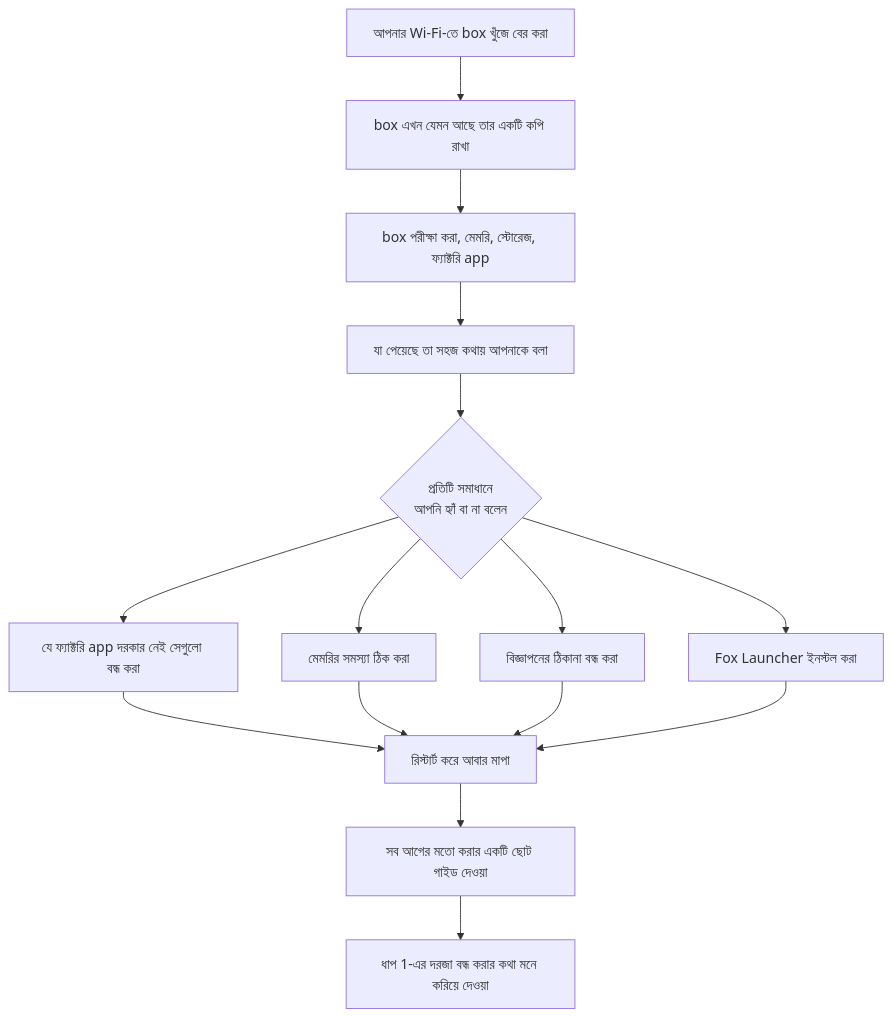
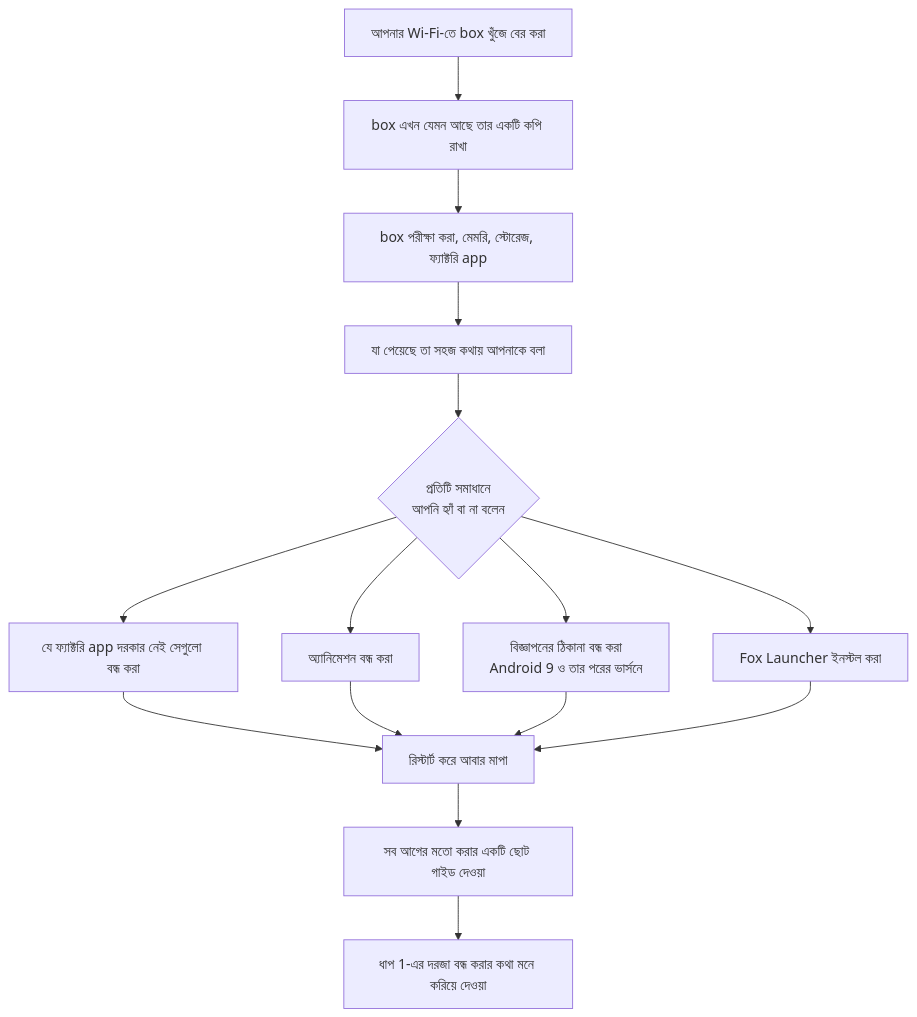
One commit to franco-valenzuela/fox-launcher-tvbox changed the diagram in docs/i18n/README.bn.md. Above: the diagram before and after it, drawn with Mermaid. The commit also changed other lines of this file and 19 other files, not shown here.

````diff
--- a/docs/i18n/README.bn.md
+++ b/docs/i18n/README.bn.md
@@ -82,17 +84,17 @@
 ```mermaid
 flowchart TD
     A[আপনার Wi-Fi-তে box খুঁজে বের করা] --> B[box এখন যেমন আছে তার একটি কপি রাখা]
     B --> C[box পরীক্ষা করা, মেমরি, স্টোরেজ, ফ্যাক্টরি app]
     C --> D[যা পেয়েছে তা সহজ কথায় আপনাকে বলা]
     D --> E{প্রতিটি সমাধানে<br/>আপনি হ্যাঁ বা না বলেন}
     E --> F[যে ফ্যাক্টরি app দরকার নেই সেগুলো বন্ধ করা]
-    E --> G[মেমরির সমস্যা ঠিক করা]
-    E --> H[বিজ্ঞাপনের ঠিকানা বন্ধ করা]
+    E --> G[অ্যানিমেশন বন্ধ করা]
+    E --> H[বিজ্ঞাপনের ঠিকানা বন্ধ করা<br/>Android 9 ও তার পরের ভার্সনে]
     E --> I[Fox Launcher ইনস্টল করা]
     F --> J[রিস্টার্ট করে আবার মাপা]
     G --> J
     H --> J
     I --> J
     J --> K[সব আগের মতো করার একটি ছোট গাইড দেওয়া]
     K --> L[ধাপ 1-এর দরজা বন্ধ করার কথা মনে করিয়ে দেওয়া]
 ```
````
